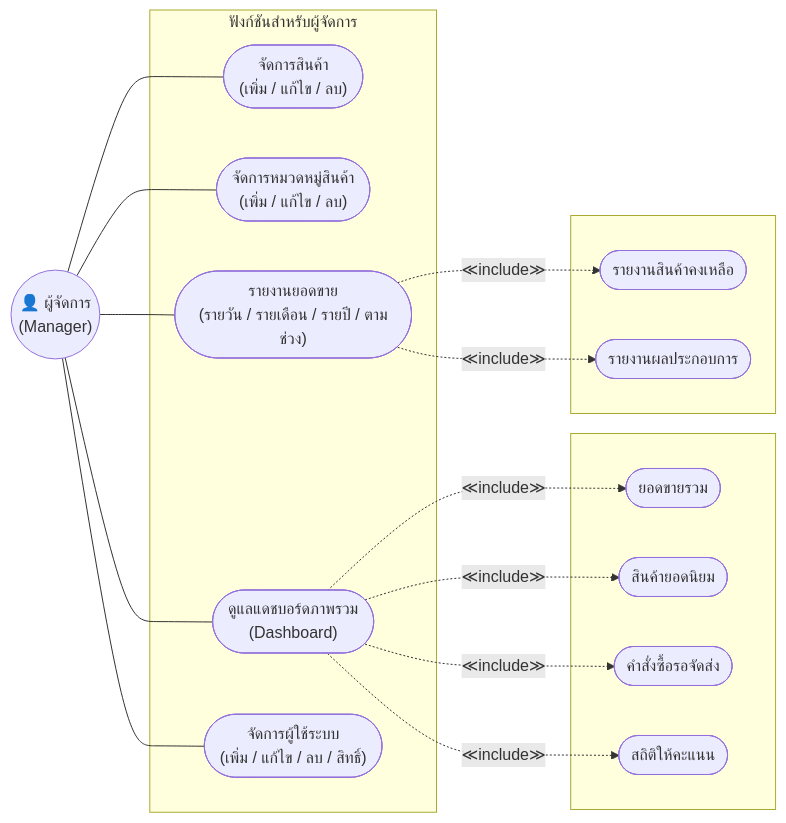
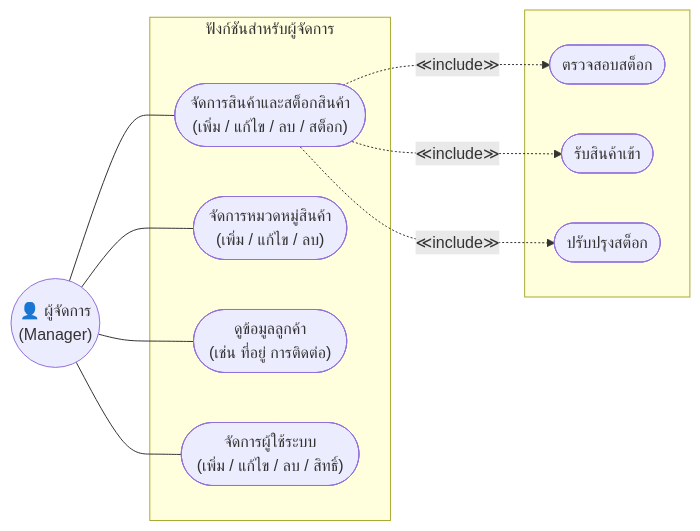
One commit to ArGusmumumimi/PC-Center- changed the third of 8 diagrams in README.md. Above: the diagram before and after it, drawn with Mermaid. The commit also changed other lines of this file, not shown here.

````diff
--- a/README.md
+++ b/README.md
@@ -212,37 +238,26 @@
 ```mermaid
 flowchart LR
     Manager(("👤 ผู้จัดการ\n(Manager)"))
 
     subgraph OnlineStore_Manager["ฟังก์ชันสำหรับผู้จัดการ"]
-        UM1(["จัดการสินค้า\n(เพิ่ม / แก้ไข / ลบ)"])
+        UM1(["จัดการสินค้าและสต็อกสินค้า\n(เพิ่ม / แก้ไข / ลบ / สต็อก)"])
         UM2(["จัดการหมวดหมู่สินค้า\n(เพิ่ม / แก้ไข / ลบ)"])
-        UM3(["ดูแลแดชบอร์ดภาพรวม\n(Dashboard)"])
-        UM4(["รายงานยอดขาย\n(รายวัน / รายเดือน / รายปี / ตามช่วง)"])
+        UM4(["ดูข้อมูลลูกค้า\n(เช่น ที่อยู่ การติดต่อ)"])
         UM5(["จัดการผู้ใช้ระบบ\n(เพิ่ม / แก้ไข / ลบ / สิทธิ์)"])
     end
 
-    subgraph include_dashboard[" "]
-        UM3I1([ยอดขายรวม])
-        UM3I2([สินค้ายอดนิยม])
-        UM3I3([คำสั่งซื้อรอจัดส่ง])
-        UM3I4([สถิติให้คะแนน])
-    end
-
-    subgraph include_report[" "]
-        UM4I1([รายงานสินค้าคงเหลือ])
-        UM4I2([รายงานผลประกอบการ])
+    subgraph include_stock[" "]
+        UM1I1([ตรวจสอบสต็อก])
+        UM1I2([รับสินค้าเข้า])
+        UM1I3([ปรับปรุงสต็อก])
     end
 
     Manager --- UM1
     Manager --- UM2
-    Manager --- UM3
     Manager --- UM4
     Manager --- UM5
 
-    UM3 -. "≪include≫" .-> UM3I1
-    UM3 -. "≪include≫" .-> UM3I2
-    UM3 -. "≪include≫" .-> UM3I3
-    UM3 -. "≪include≫" .-> UM3I4
-    UM4 -. "≪include≫" .-> UM4I1
-    UM4 -. "≪include≫" .-> UM4I2
+    UM1 -. "≪include≫" .-> UM1I1
+    UM1 -. "≪include≫" .-> UM1I2
+    UM1 -. "≪include≫" .-> UM1I3
 ```
````
